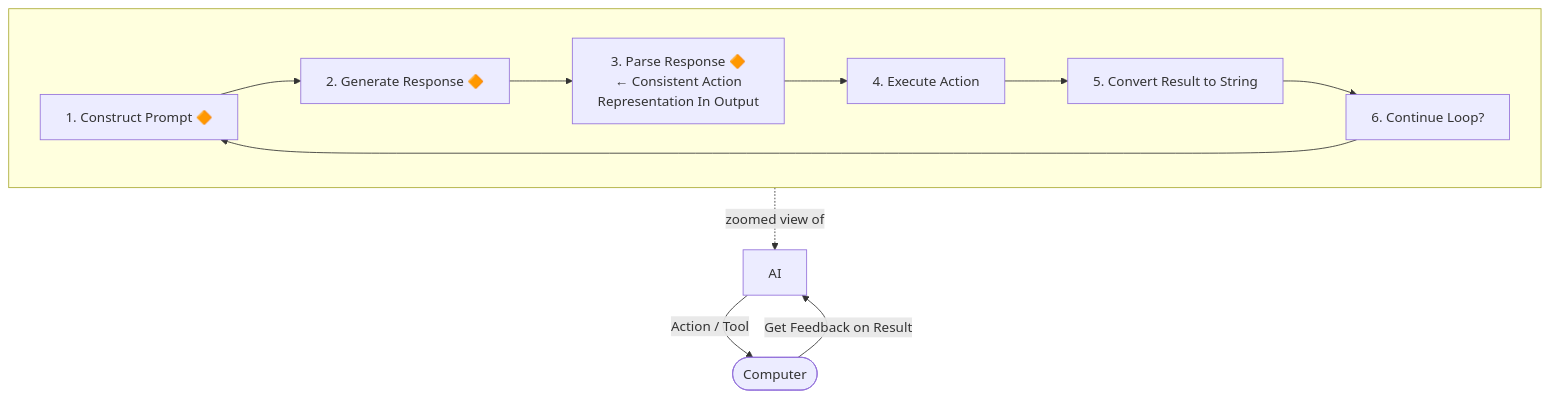
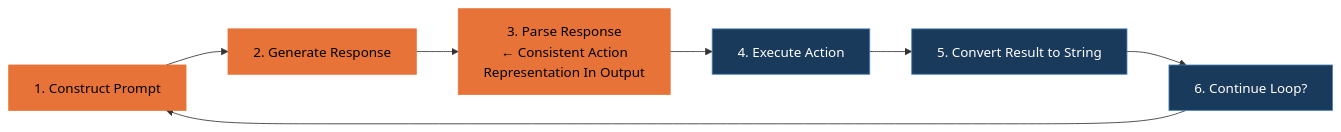
Before and after one commit to WhatIfWeDigDeeper/typescript-ai-agents-course: the fourth of 4 diagrams in 01-agentic-ai-concepts.md, drawn with Mermaid. The commit also changed other lines of this file, not shown here.

Commit message:
docs: diagram mods

````diff
--- a/01-agentic-ai-concepts.md
+++ b/01-agentic-ai-concepts.md
@@ -136,15 +147,16 @@
 ```mermaid
-flowchart TD
-    subgraph Inner[" "]
-        S1["1. Construct Prompt 🔶"] --> S2["2. Generate Response 🔶"]
-        S2 --> S3["3. Parse Response 🔶\n← Consistent Action\nRepresentation In Output"]
-        S3 --> S4[4. Execute Action]
-        S4 --> S5[5. Convert Result to String]
-        S5 --> S6[6. Continue Loop?]
-        S6 --> S1
-    end
+flowchart LR
+    S1["1. Construct Prompt"] --> S2["2. Generate Response"]
+    S2 --> S3["3. Parse Response\n← Consistent Action\nRepresentation In Output"]
+    S3 --> S4["4. Execute Action"]
+    S4 --> S5["5. Convert Result to String"]
+    S5 --> S6["6. Continue Loop?"]
+    S6 --> S1
 
-    AI[AI] -->|Action / Tool| Computer([Computer])
-    Computer -->|Get Feedback on Result| AI
-    Inner -.->|zoomed view of| AI
+    style S1 fill:#e87338,stroke:#e87338,color:#000
+    style S2 fill:#e87338,stroke:#e87338,color:#000
+    style S3 fill:#e87338,stroke:#e87338,color:#000
+    style S4 fill:#1a3a5c,stroke:#4a7fb5,color:#fff
+    style S5 fill:#1a3a5c,stroke:#4a7fb5,color:#fff
+    style S6 fill:#1a3a5c,stroke:#4a7fb5,color:#fff
 ```
````
